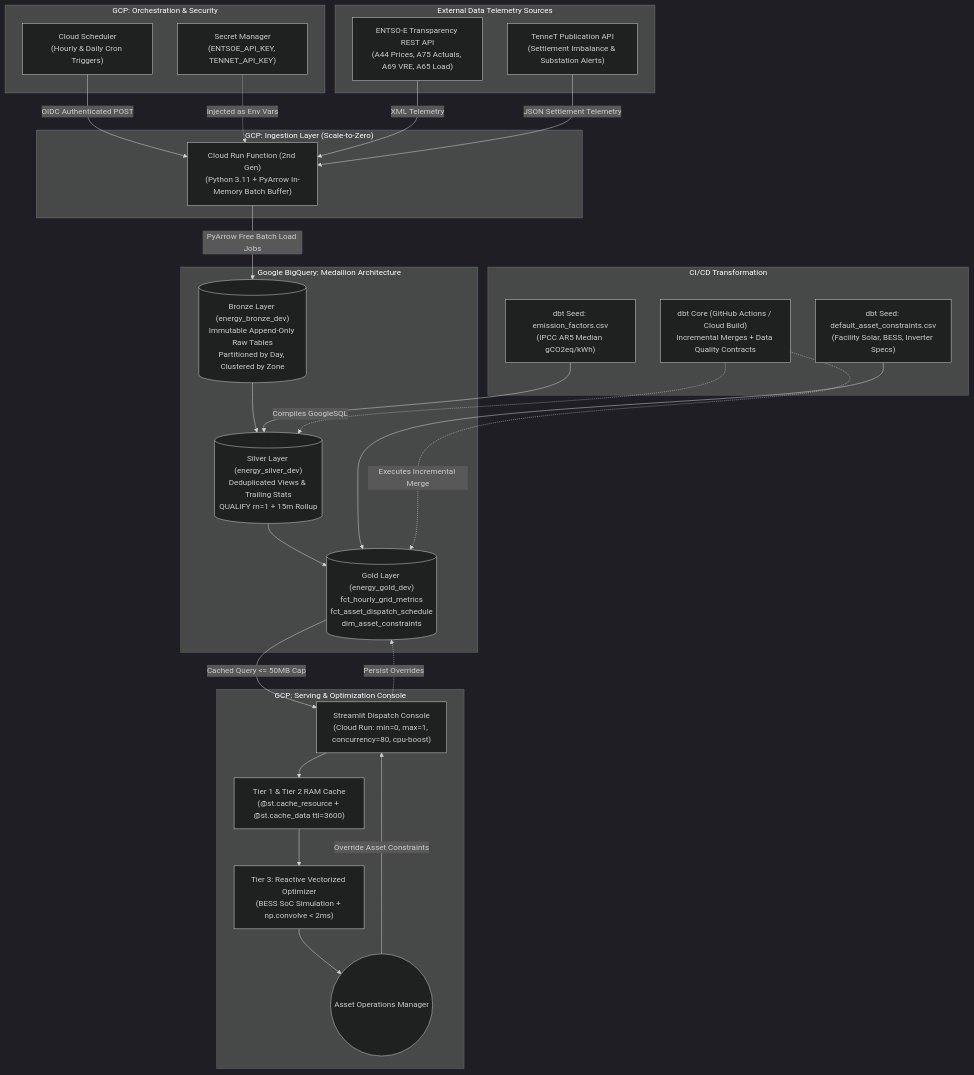
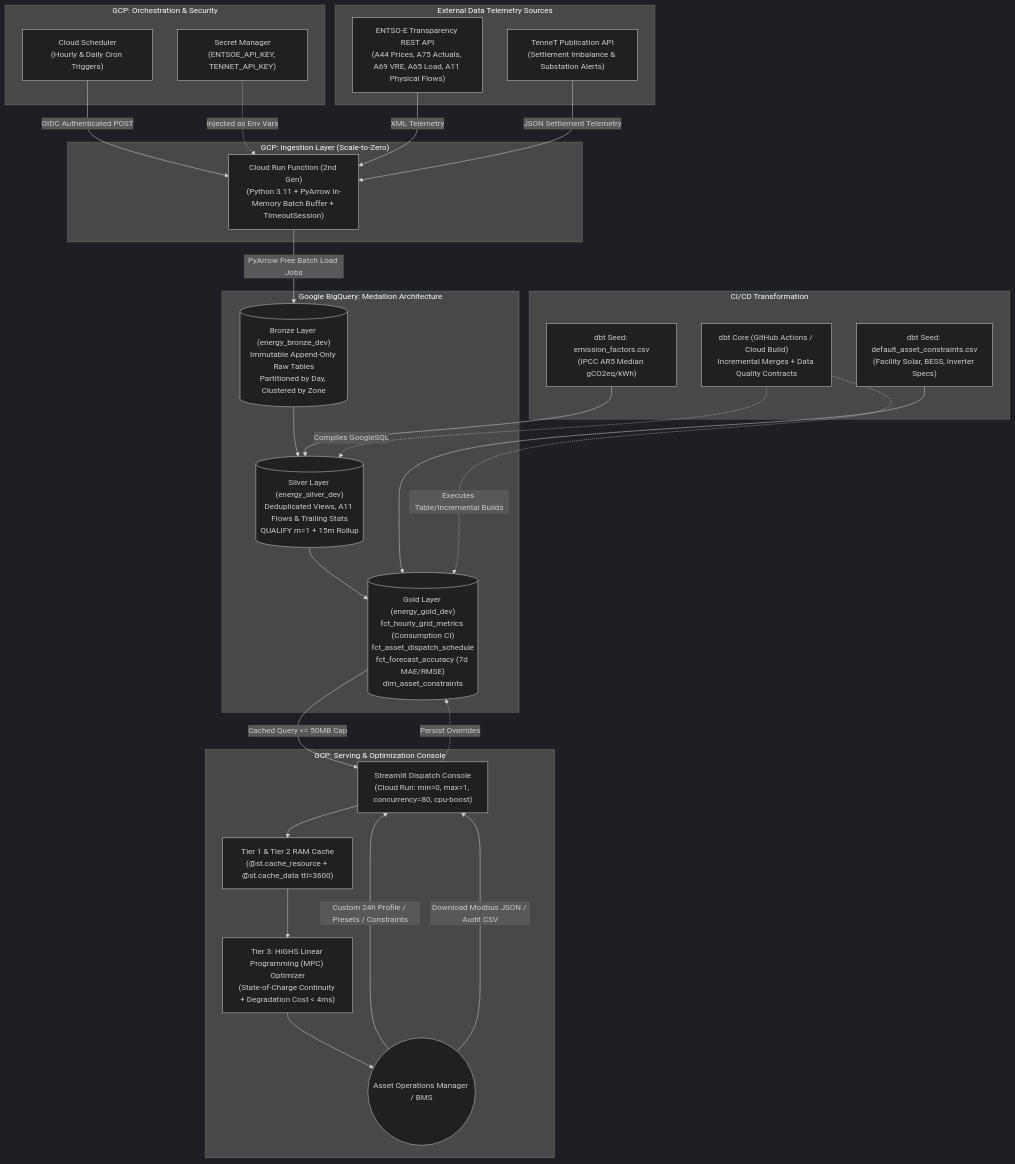
The diagram in README.md (ducchuu/energy-carbon-forecast), drawn with Mermaid (dark theme) before and after one commit. The commit also changed other lines of this file and 22 other files, not shown here.

````diff
--- a/README.md
+++ b/README.md
@@ -50,56 +52,57 @@
 ```mermaid
 flowchart TD
     subgraph Data Sources ["External Data Telemetry Sources"]
-        ENTSOE["ENTSO-E Transparency REST API<br/>(A44 Prices, A75 Actuals, A69 VRE, A65 Load)"]
+        ENTSOE["ENTSO-E Transparency REST API<br/>(A44 Prices, A75 Actuals, A69 VRE, A65 Load, A11 Physical Flows)"]
         TENNET["TenneT Publication API<br/>(Settlement Imbalance & Substation Alerts)"]
     end
 
     subgraph Control Plane ["GCP: Orchestration & Security"]
         Scheduler["Cloud Scheduler<br/>(Hourly & Daily Cron Triggers)"]
         SecretMgr["Secret Manager<br/>(ENTSOE_API_KEY, TENNET_API_KEY)"]
     end
 
     subgraph Ingestion Compute ["GCP: Ingestion Layer (Scale-to-Zero)"]
-        CloudFunc["Cloud Run Function (2nd Gen)<br/>(Python 3.11 + PyArrow In-Memory Batch Buffer)"]
+        CloudFunc["Cloud Run Function (2nd Gen)<br/>(Python 3.11 + PyArrow In-Memory Batch Buffer + TimeoutSession)"]
     end
 
     subgraph Storage ["Google BigQuery: Medallion Architecture"]
         Bronze[("Bronze Layer (energy_bronze_dev)<br/>Immutable Append-Only Raw Tables<br/>Partitioned by Day, Clustered by Zone")]
-        Silver[("Silver Layer (energy_silver_dev)<br/>Deduplicated Views & Trailing Stats<br/>QUALIFY rn=1 + 15m Rollup")]
-        Gold[("Gold Layer (energy_gold_dev)<br/>fct_hourly_grid_metrics<br/>fct_asset_dispatch_schedule<br/>dim_asset_constraints")]
+        Silver[("Silver Layer (energy_silver_dev)<br/>Deduplicated Views, A11 Flows & Trailing Stats<br/>QUALIFY rn=1 + 15m Rollup")]
+        Gold[("Gold Layer (energy_gold_dev)<br/>fct_hourly_grid_metrics (Consumption CI)<br/>fct_asset_dispatch_schedule<br/>fct_forecast_accuracy (7d MAE/RMSE)<br/>dim_asset_constraints")]
     end
 
     subgraph Transformation Engine ["CI/CD Transformation"]
         DBT["dbt Core (GitHub Actions / Cloud Build)<br/>Incremental Merges + Data Quality Contracts"]
         IPCC_Seed["dbt Seed: emission_factors.csv<br/>(IPCC AR5 Median gCO2eq/kWh)"]
         Asset_Seed["dbt Seed: default_asset_constraints.csv<br/>(Facility Solar, BESS, Inverter Specs)"]
     end
 
     subgraph Serving Layer ["GCP: Serving & Optimization Console"]
         StreamlitApp["Streamlit Dispatch Console<br/>(Cloud Run: min=0, max=1, concurrency=80, cpu-boost)"]
         RAM_Cache["Tier 1 & Tier 2 RAM Cache<br/>(@st.cache_resource + @st.cache_data ttl=3600)"]
-        NumPyOpt["Tier 3: Reactive Vectorized Optimizer<br/>(BESS SoC Simulation + np.convolve < 2ms)"]
-        Operator(("Asset Operations Manager"))
+        HiGHS_LP["Tier 3: HiGHS Linear Programming (MPC) Optimizer<br/>(State-of-Charge Continuity + Degradation Cost < 4ms)"]
+        Operator(("Asset Operations Manager / BMS"))
     end
 
     %% Workflow Connections
     Scheduler -->|OIDC Authenticated POST| CloudFunc
     SecretMgr -.->|Injected as Env Vars| CloudFunc
     ENTSOE -->|XML Telemetry| CloudFunc
     TENNET -->|JSON Settlement Telemetry| CloudFunc
     CloudFunc -->|PyArrow Free Batch Load Jobs| Bronze
 
     Bronze --> Silver
     IPCC_Seed --> Silver
     Silver --> Gold
     Asset_Seed --> Gold
     DBT -.->|Compiles GoogleSQL| Silver
-    DBT -.->|Executes Incremental Merge| Gold
+    DBT -.->|Executes Table/Incremental Builds| Gold
 
     Gold -->|Cached Query <= 50MB Cap| StreamlitApp
     StreamlitApp --> RAM_Cache
-    RAM_Cache --> NumPyOpt
-    NumPyOpt --> Operator
-    Operator -->|Override Asset Constraints| StreamlitApp
+    RAM_Cache --> HiGHS_LP
+    HiGHS_LP --> Operator
+    Operator -->|Custom 24h Profile / Presets / Constraints| StreamlitApp
     StreamlitApp -.->|Persist Overrides| Gold
+    Operator -->|Download Modbus JSON / Audit CSV| StreamlitApp
 ```
````
